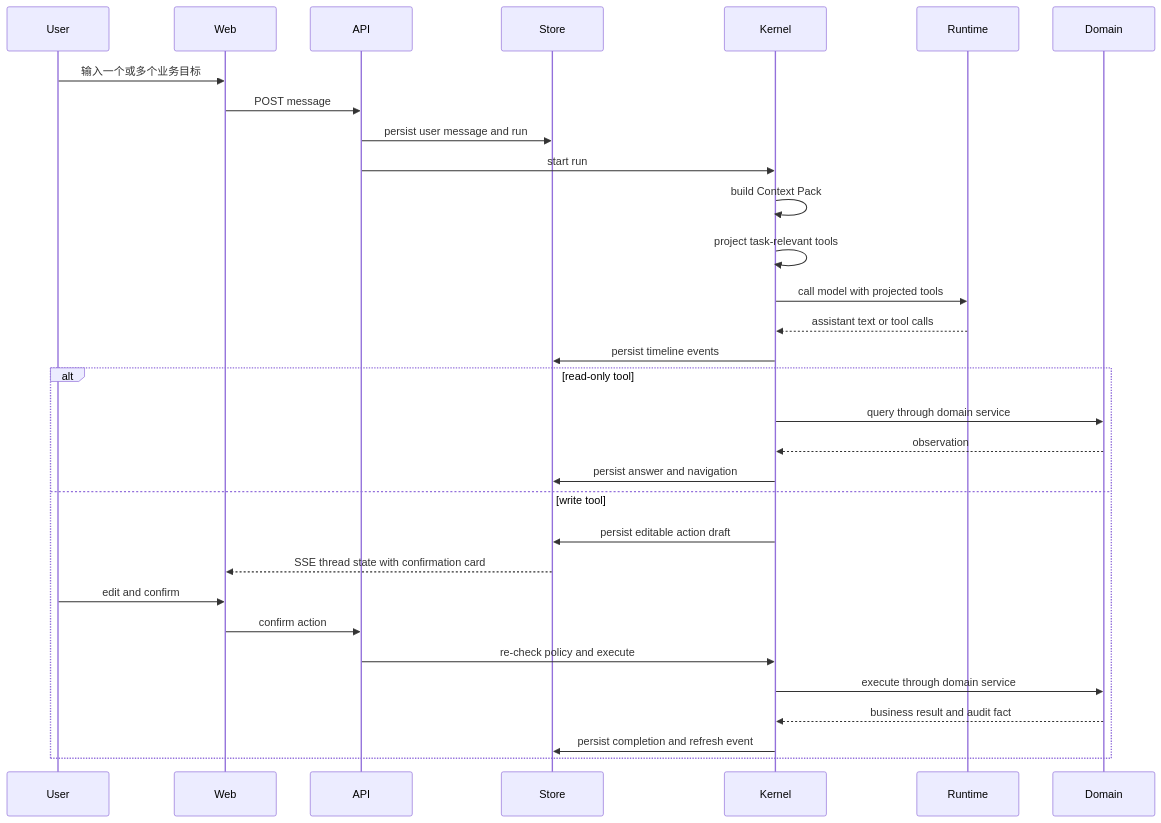
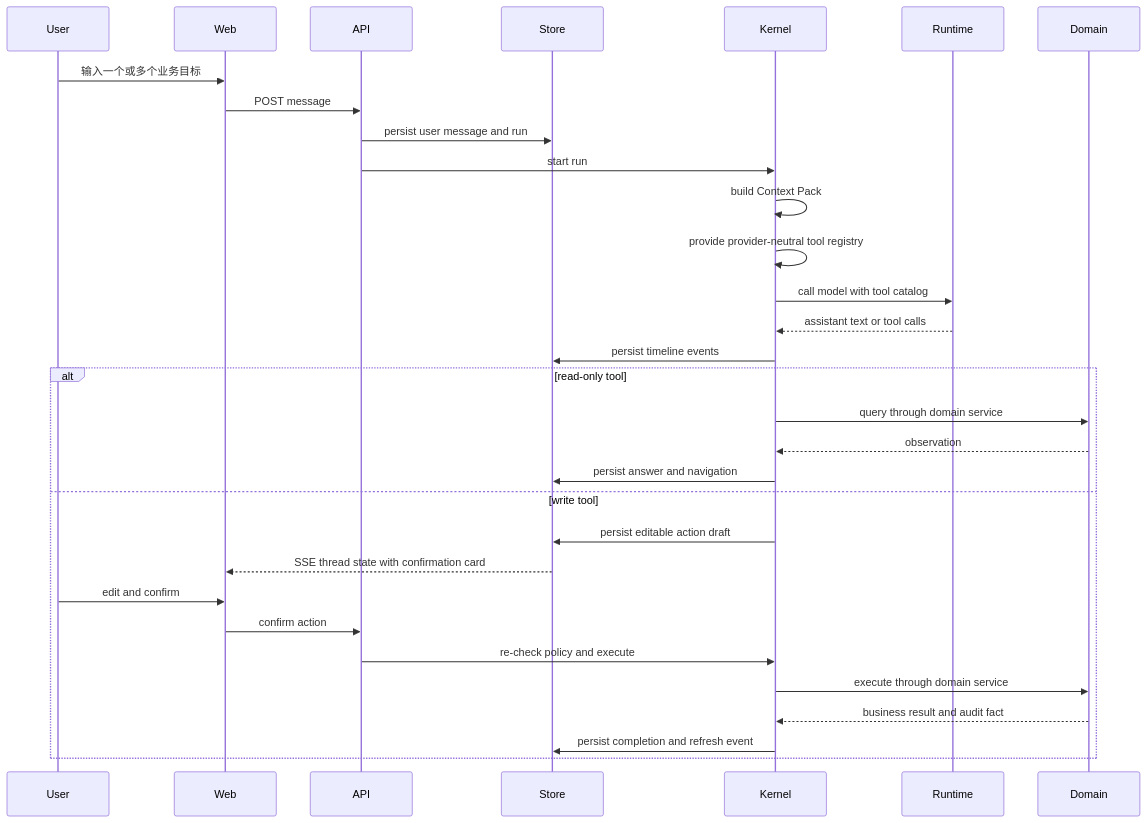
The second of 2 diagrams in docs/adr/0003-xox-model-agent-os-target-architecture.md (Suysker/xox-model), drawn with Mermaid before and after one commit. The commit also changed other lines of this file and 7 other files, not shown here.

Commit message:
feat: add agent tool registry metadata

````diff
--- a/docs/adr/0003-xox-model-agent-os-target-architecture.md
+++ b/docs/adr/0003-xox-model-agent-os-target-architecture.md
@@ -143,34 +143,34 @@
 ```mermaid
 sequenceDiagram
   participant User
   participant Web
   participant API
   participant Store
   participant Kernel
   participant Runtime
   participant Domain
 
   User->>Web: 输入一个或多个业务目标
   Web->>API: POST message
   API->>Store: persist user message and run
   API->>Kernel: start run
   Kernel->>Kernel: build Context Pack
-  Kernel->>Kernel: project task-relevant tools
-  Kernel->>Runtime: call model with projected tools
+  Kernel->>Kernel: provide provider-neutral tool registry
+  Kernel->>Runtime: call model with tool catalog
   Runtime-->>Kernel: assistant text or tool calls
   Kernel->>Store: persist timeline events
   alt read-only tool
     Kernel->>Domain: query through domain service
     Domain-->>Kernel: observation
     Kernel->>Store: persist answer and navigation
   else write tool
     Kernel->>Store: persist editable action draft
     Store-->>Web: SSE thread state with confirmation card
     User->>Web: edit and confirm
     Web->>API: confirm action
     API->>Kernel: re-check policy and execute
     Kernel->>Domain: execute through domain service
     Domain-->>Kernel: business result and audit fact
     Kernel->>Store: persist completion and refresh event
   end
 ```
````
